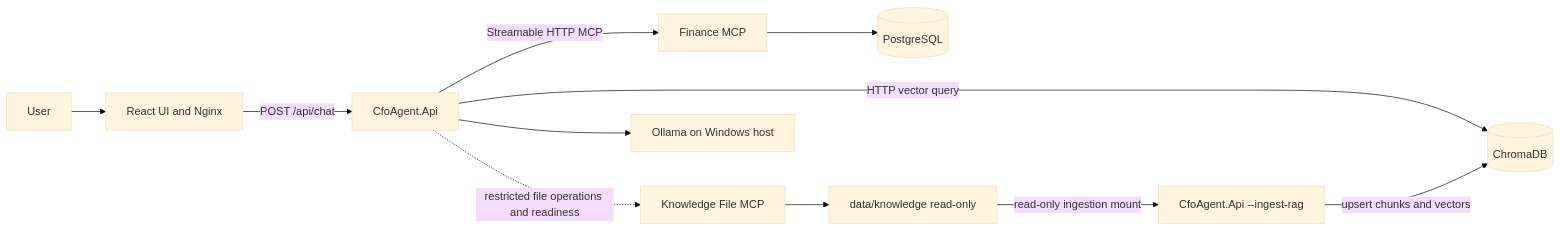
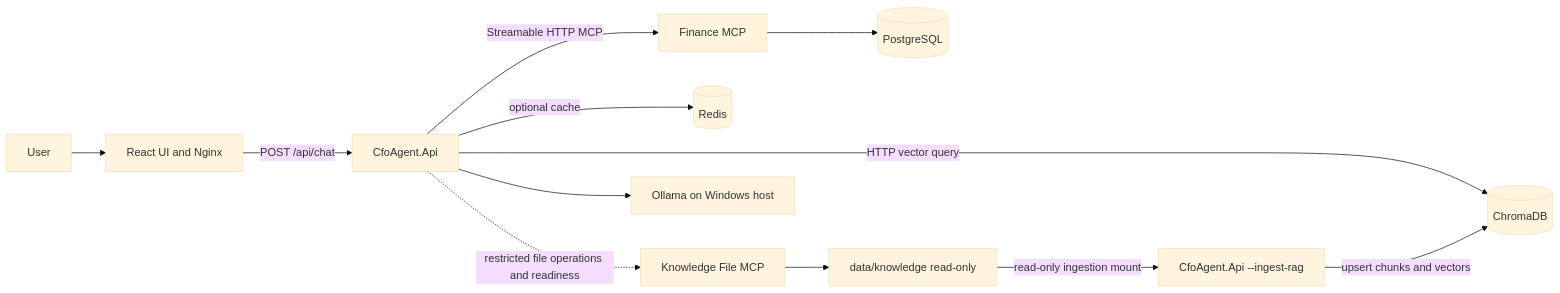
The first of 14 diagrams in APPLICATION_ARCHITECTURE.md (prabodharandima/ai_agent_cfo), drawn with Mermaid (base theme) before and after one commit. The commit also changed other lines of this file and 22 other files, not shown here.

````diff
--- a/APPLICATION_ARCHITECTURE.md
+++ b/APPLICATION_ARCHITECTURE.md
@@ -59,16 +60,17 @@
 ```mermaid
 flowchart LR
     User[User] --> UI[React UI and Nginx]
     UI -->|POST /api/chat| API[CfoAgent.Api]
 
     API -->|Streamable HTTP MCP| Finance[Finance MCP]
     Finance --> PG[(PostgreSQL)]
 
     API -->|HTTP vector query| Chroma[(ChromaDB)]
+    API -->|optional cache| Redis[(Redis)]
     API -. restricted file operations and readiness .-> Knowledge[Knowledge File MCP]
     Knowledge --> Files[data/knowledge read-only]
     Files -->|read-only ingestion mount| RagInit[CfoAgent.Api --ingest-rag]
     RagInit -->|upsert chunks and vectors| Chroma
 
     API --> Ollama[Ollama on Windows host]
 ```
````
